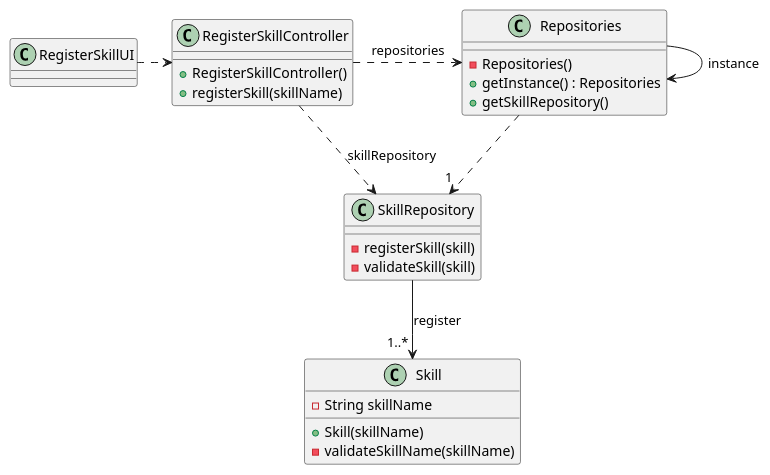
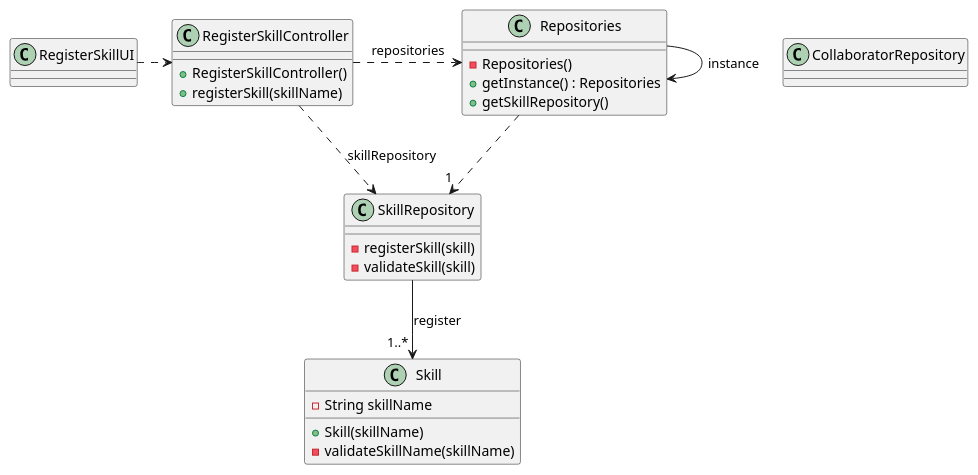
Before and after one commit to SAEmanuel/Green_Spaces_Management_ISEP: the diagram in docs/sprintB/us001/03.design/puml/us001-class-diagram.puml, drawn with PlantUML. The commit also changed 2 other files, not shown here.

Commit message:
US004 - design (class diagram) v2.2.1

```diff
--- a/docs/sprintB/us001/03.design/puml/us001-class-diagram.puml
+++ b/docs/sprintB/us001/03.design/puml/us001-class-diagram.puml
@@ -1,51 +1,55 @@
 @startuml
 'skinparam monochrome true
 skinparam packageStyle rectangle
 skinparam shadowing false
 skinparam linetype polyline
 'skinparam linetype orto
 'skinparam classAttributeIconSize 0
 'left to right direction
 
 
 
 class Skill {
     - String skillName
     + Skill(skillName)
     - validateSkillName(skillName)
 '    + Skill(reference, description,\ninformalDescription, technicalDescription,\nduration, cost, createdBy, taskCategory)
 }
 
 
 
 class SkillRepository {
     - registerSkill(skill)
-    -validateSkill(skill)
+    - validateSkill(skill)
+}
+
+class CollaboratorRepository {
+
 }
 
 
 class Repositories {
     - Repositories()
     + getInstance() : Repositories
     + getSkillRepository()
 }
 
 class RegisterSkillController {
     + RegisterSkillController()
     + registerSkill(skillName)
 }
 
 class RegisterSkillUI {
 }
 
 RegisterSkillUI .> RegisterSkillController
 
 RegisterSkillController .> Repositories : repositories
 Repositories  ..> "1 " SkillRepository
 Repositories -> Repositories : instance
 
 RegisterSkillController ..>  SkillRepository : skillRepository
 
 SkillRepository  --> "1..* " Skill : register
 
 @enduml
```
